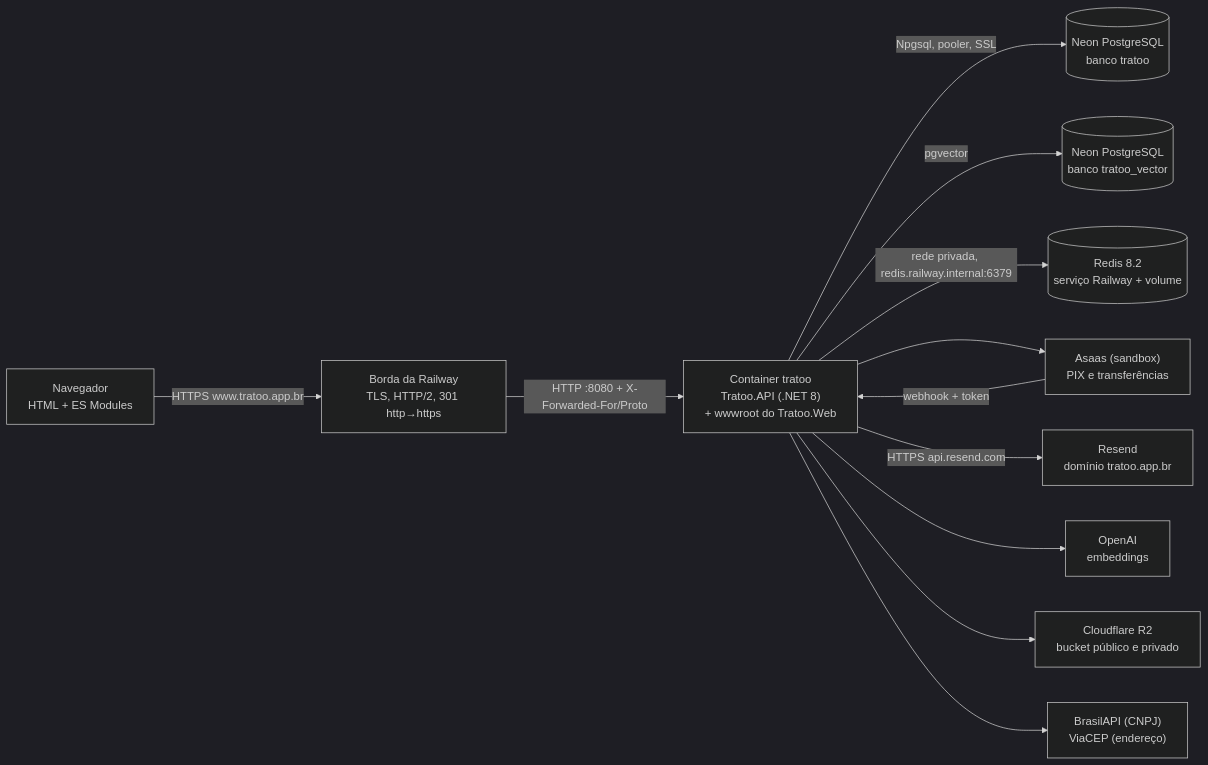
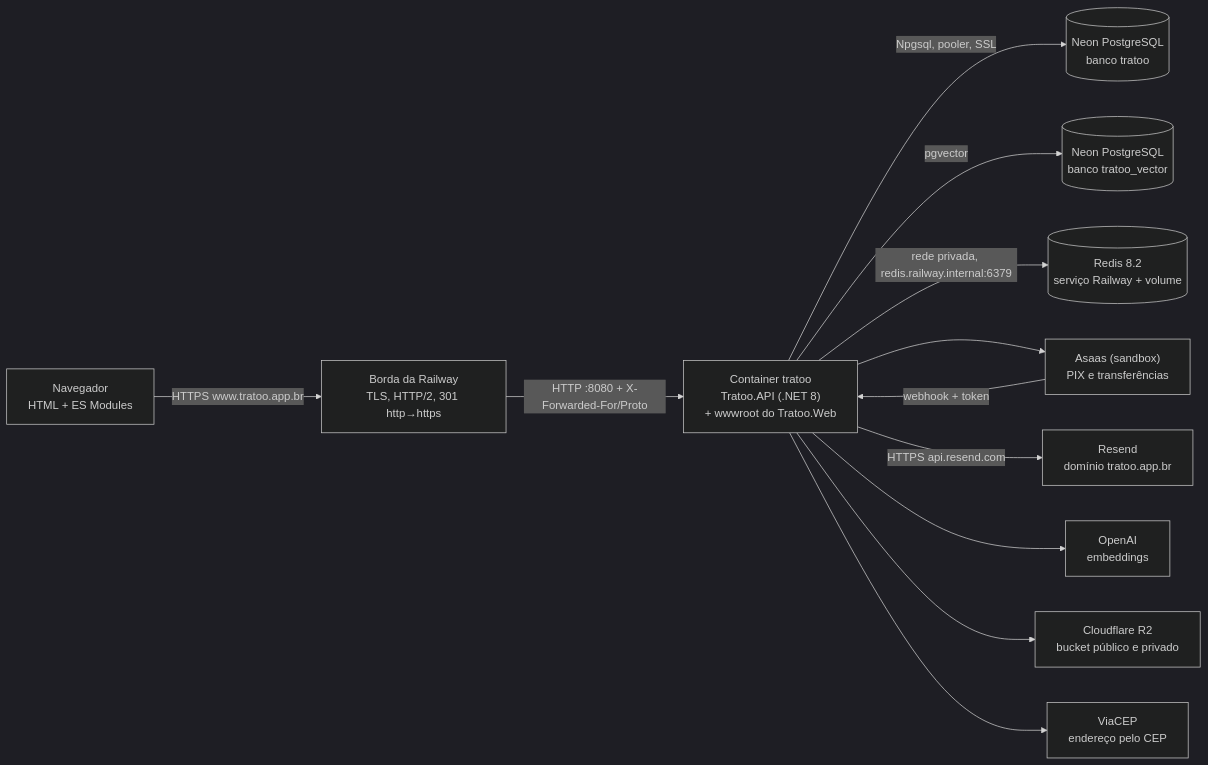
The first of 8 diagrams in Docs/ARQUITETURA.md (Gustavo-C-almeida/tratoo), drawn with Mermaid (dark theme) before and after one commit. The commit also changed other lines of this file, not shown here.

````diff
--- a/Docs/ARQUITETURA.md
+++ b/Docs/ARQUITETURA.md
@@ -98,14 +98,14 @@
 ```mermaid
 flowchart LR
     U["Navegador<br/>HTML + ES Modules"] -->|"HTTPS www.tratoo.app.br"| E["Borda da Railway<br/>TLS, HTTP/2, 301 http→https"]
     E -->|"HTTP :8080 + X-Forwarded-For/Proto"| A["Container tratoo<br/>Tratoo.API (.NET 8)<br/>+ wwwroot do Tratoo.Web"]
     A -->|"Npgsql, pooler, SSL"| N1[("Neon PostgreSQL<br/>banco tratoo")]
     A -->|"pgvector"| N2[("Neon PostgreSQL<br/>banco tratoo_vector")]
     A -->|"rede privada, redis.railway.internal:6379"| R[("Redis 8.2<br/>serviço Railway + volume")]
     A --> AS["Asaas (sandbox)<br/>PIX e transferências"]
     AS -->|"webhook + token"| A
     A -->|"HTTPS api.resend.com"| RS["Resend<br/>domínio tratoo.app.br"]
     A --> OA["OpenAI<br/>embeddings"]
     A --> R2["Cloudflare R2<br/>bucket público e privado"]
-    A --> BR["BrasilAPI (CNPJ)<br/>ViaCEP (endereço)"]
+    A --> BR["ViaCEP<br/>endereço pelo CEP"]
 ```
````
